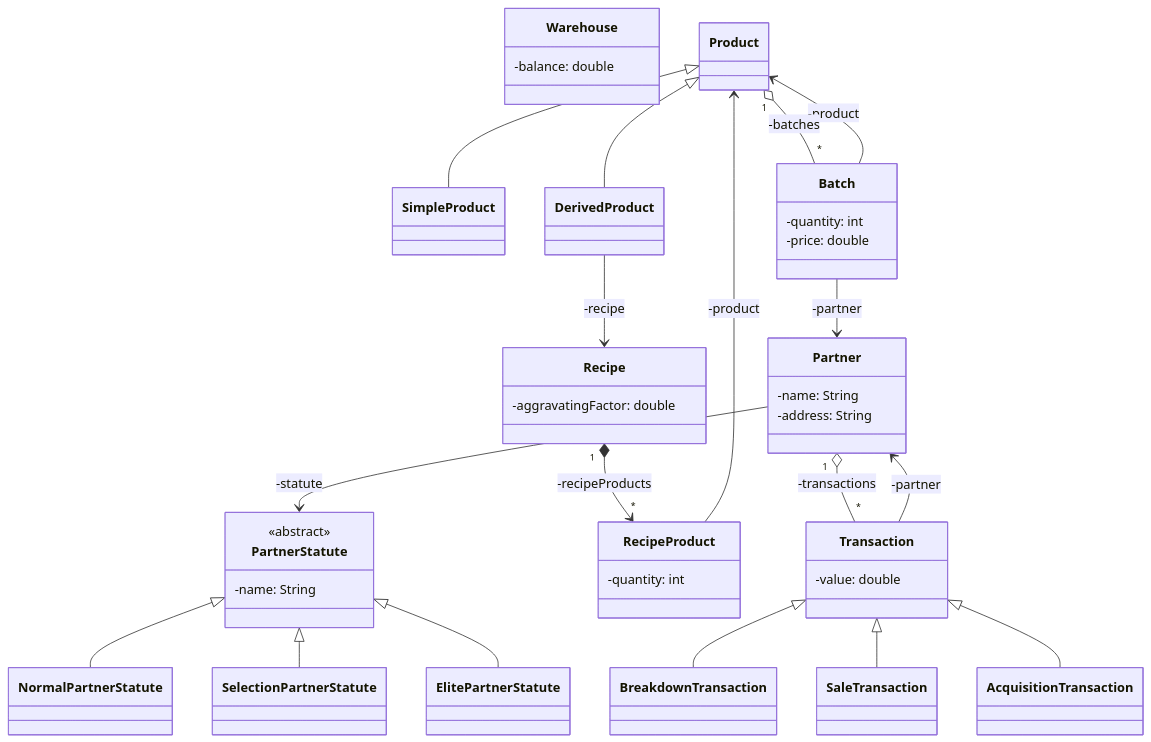
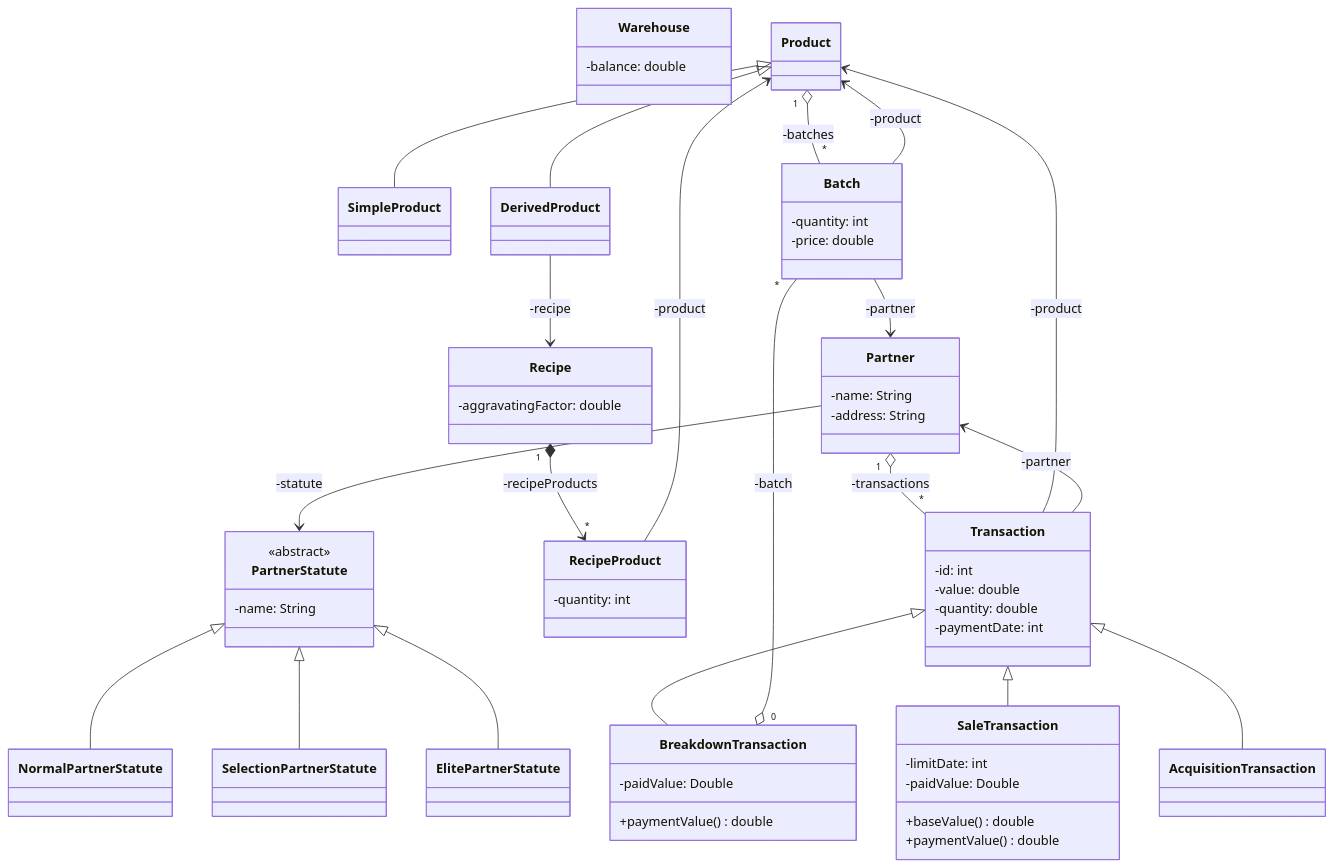
Before and after one commit to ist199211-ist199311/warehouse-manager-po: the diagram in uml/ggc-core.mmd, drawn with Mermaid.

Commit message:
Add information about transactions

```diff
--- a/uml/ggc-core.mmd
+++ b/uml/ggc-core.mmd
@@ -1,92 +1,103 @@
 classDiagram
     class Warehouse {
         %% TODO include_serialization_thing?
         -balance: double
     }
 
     class Product {
 
     }
 
     class SimpleProduct {
 
     }
 
     class DerivedProduct {
 
     }
 
     class Batch {
         -quantity: int
         -price: double
     }
 
     class Partner {
         -name: String
         -address: String
     }
 
     class PartnerStatute {
         <<abstract>>
         -name: String
     }
 
     class NormalPartnerStatute {
         
     }
 
     class SelectionPartnerStatute {
 
     }
 
     class ElitePartnerStatute {
 
     }
 
     class Recipe {
         -aggravatingFactor: double
     }
 
     class RecipeProduct {
         -quantity: int
     }
 
     class Transaction {
+        -id: int
         -value: double
+        -quantity: double
+        -paymentDate: int
     }
 
     class BreakdownTransaction {
-
+        -paidValue: Double
+        +paymentValue() double
     }
 
     class SaleTransaction {
-
+      -limitDate: int
+      -paidValue: Double
+      +baseValue() double
+      +paymentValue() double
     }
 
     class AcquisitionTransaction {
 
     }
 
     Product <|-- SimpleProduct
     Product <|-- DerivedProduct
 
     Recipe "1" *--> "*" RecipeProduct: -recipeProducts
     DerivedProduct --> Recipe: -recipe
     RecipeProduct --> Product: -product
 
     Transaction <|-- BreakdownTransaction
     Transaction <|-- SaleTransaction
     Transaction <|-- AcquisitionTransaction
 
+    Transaction --> Product: -product
+
+    BreakdownTransaction "0" o-- "*" Batch: -batch
+
     Batch --> Partner: -partner
     Transaction --> Partner: -partner
     Batch --> Product: -product
 
     Partner --> PartnerStatute: -statute
     Partner "1" o-- "*" Transaction: -transactions
 
     PartnerStatute <|-- NormalPartnerStatute
     PartnerStatute <|-- SelectionPartnerStatute
     PartnerStatute <|-- ElitePartnerStatute
 
     Product "1" o-- "*" Batch: -batches
```
